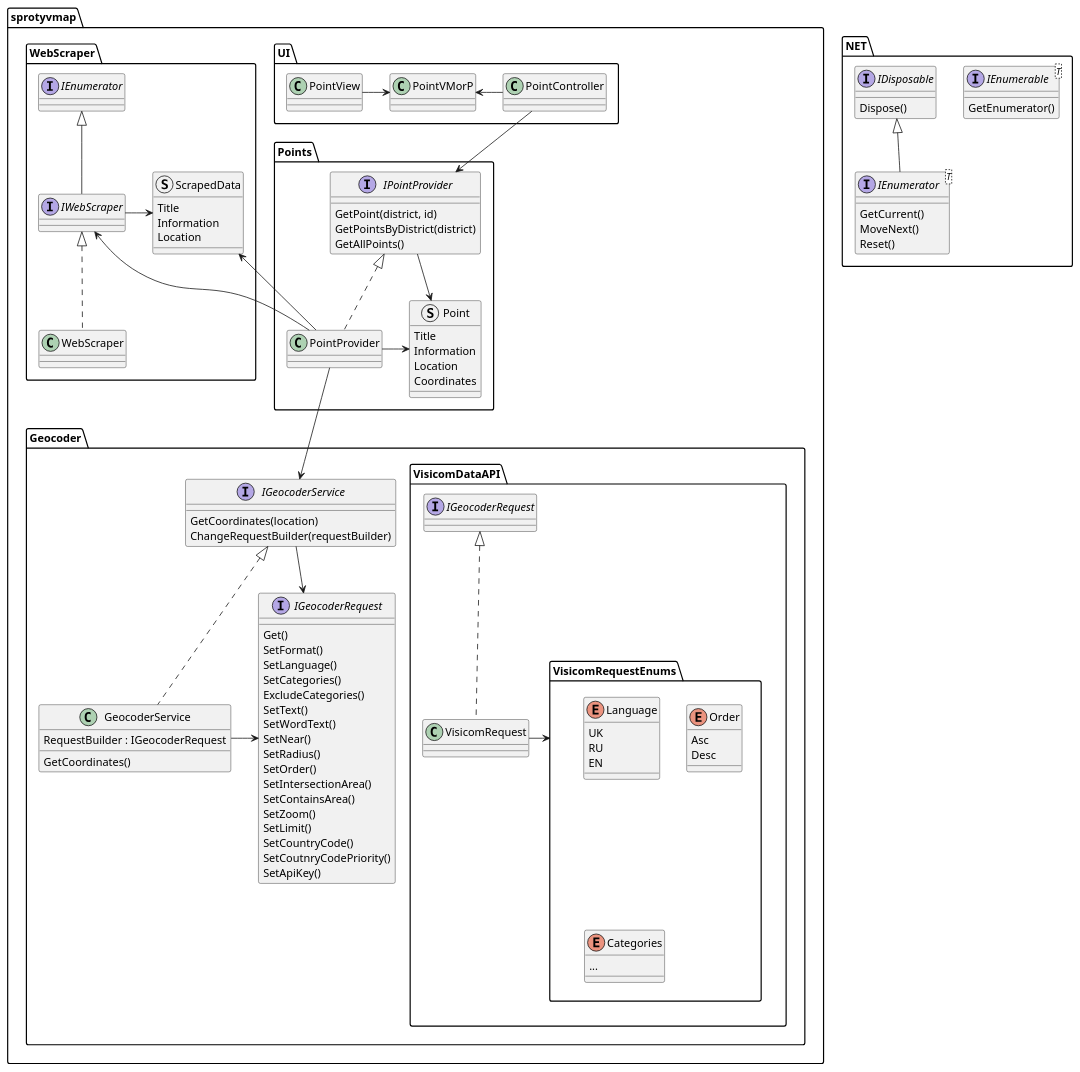
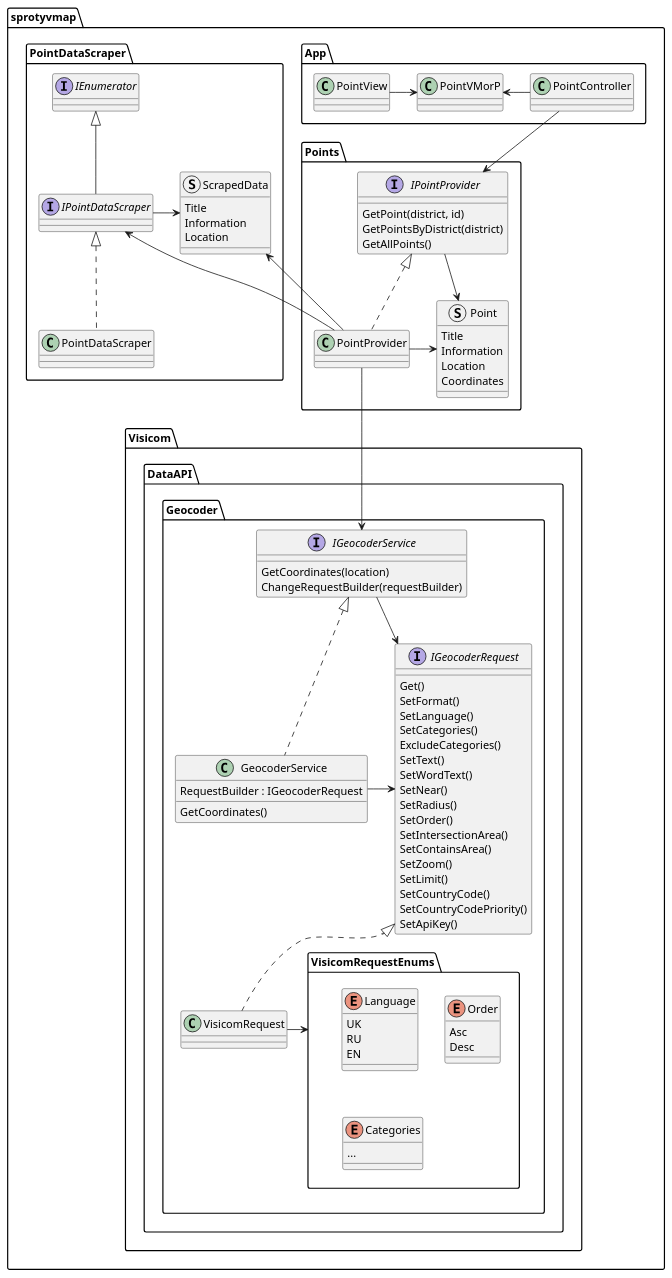
One commit to WhatTheTea/sprotyvmap changed the diagram in docs/sprotyvmap.puml. Above: the diagram before and after it, drawn with PlantUML. The commit also changed 16 other files, not shown here.

```diff
--- a/docs/sprotyvmap.puml
+++ b/docs/sprotyvmap.puml
@@ -1,113 +1,94 @@
 @startuml sprotyvmap
 package sprotyvmap
 {
     package Points
     {
         interface IPointProvider {
             GetPoint(district, id)
             GetPointsByDistrict(district)
             GetAllPoints()
         }
         struct Point {
             {field} Title
             Information
             Location
             Coordinates
         }
         IPointProvider -> Point
         class PointProvider implements IPointProvider
         PointProvider -> Point
     }
-    package UI
+    package App
     {
         PointController --> IPointProvider
         PointVMorP <- PointController
         PointView -> PointVMorP
     }
-    package .NET
-    {
-        interface IEnumerable<T>
-        {
-            GetEnumerator()
-        }
-        interface IEnumerator<T> implements IDisposable
-        {
-            GetCurrent()
-            MoveNext()
-            Reset()
-        }
-        interface IDisposable {
-            Dispose()
-        }
-    }
-    package WebScraper
+    package PointDataScraper
     {
         struct ScrapedData {
             {field}Title
             Information
             Location
         }
         ScrapedData <-- PointProvider
-        IWebScraper <- PointProvider
-        IWebScraper -> ScrapedData
-        interface IWebScraper implements IEnumerator
-        class WebScraper implements IWebScraper
+        IPointDataScraper <- PointProvider
+        IPointDataScraper -> ScrapedData
+        interface IPointDataScraper implements IEnumerator
+        class PointDataScraper implements IPointDataScraper
     }
 
-    package Geocoder
+    package Visicom.DataAPI.Geocoder
     {
         interface IGeocoderService {
             GetCoordinates(location)
             ChangeRequestBuilder(requestBuilder)
         }
         IGeocoderService -> IGeocoderRequest
         interface IGeocoderRequest {
             Get()
             SetFormat()
             SetLanguage()
             SetCategories()
             ExcludeCategories()
             SetText()
             SetWordText()
             SetNear()
             SetRadius()
             SetOrder()
             SetIntersectionArea()
             SetContainsArea()
             SetZoom()
             SetLimit()
             SetCountryCode()
-            SetCoutnryCodePriority()
+            SetCountryCodePriority()
             SetApiKey()
         }
         class GeocoderService implements IGeocoderService{
             RequestBuilder : IGeocoderRequest
             GetCoordinates()
         }
         GeocoderService -> IGeocoderRequest
         PointProvider -down-> IGeocoderService
-        package VisicomDataAPI {
-
             package VisicomRequestEnums {
                 enum Language {
                     UK
                     RU
                     EN
                 }
                 enum Order {
                     Asc
                     Desc
                 }
                 enum Categories {
                     ...
                 }
             }
             class VisicomRequest implements IGeocoderRequest{
 
             }
             VisicomRequest -> VisicomRequestEnums
-        }
     }
 }
 
 @enduml
```
